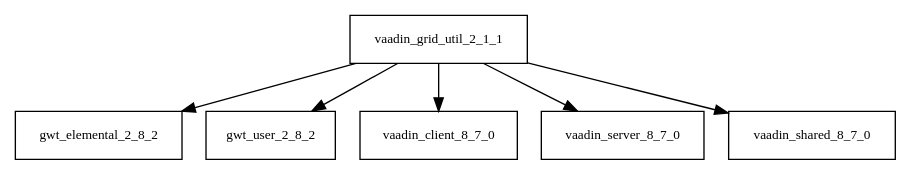
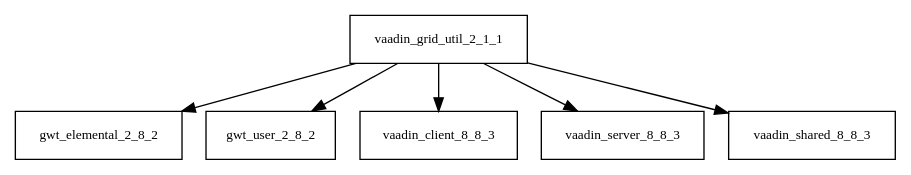
One commit to Hack23/cia changed the diagram in tattleTaleReport/graphviz/vaadin-grid-util-2.1.1.jar/vaadin-grid-util-2.1.1.jar.dot. Above: the diagram before and after it, drawn with Graphviz. The commit also changed 4049 other files, not shown here.

```diff
--- a/tattleTaleReport/graphviz/vaadin-grid-util-2.1.1.jar/vaadin-grid-util-2.1.1.jar.dot
+++ b/tattleTaleReport/graphviz/vaadin-grid-util-2.1.1.jar/vaadin-grid-util-2.1.1.jar.dot
@@ -1,8 +1,8 @@
 digraph vaadin_grid_util_2_1_1_dependencies {
   node [shape = box, fontsize=10.0];
   vaadin_grid_util_2_1_1 -> gwt_elemental_2_8_2;
   vaadin_grid_util_2_1_1 -> gwt_user_2_8_2;
-  vaadin_grid_util_2_1_1 -> vaadin_client_8_7_0;
-  vaadin_grid_util_2_1_1 -> vaadin_server_8_7_0;
-  vaadin_grid_util_2_1_1 -> vaadin_shared_8_7_0;
+  vaadin_grid_util_2_1_1 -> vaadin_client_8_8_3;
+  vaadin_grid_util_2_1_1 -> vaadin_server_8_8_3;
+  vaadin_grid_util_2_1_1 -> vaadin_shared_8_8_3;
 }
```
